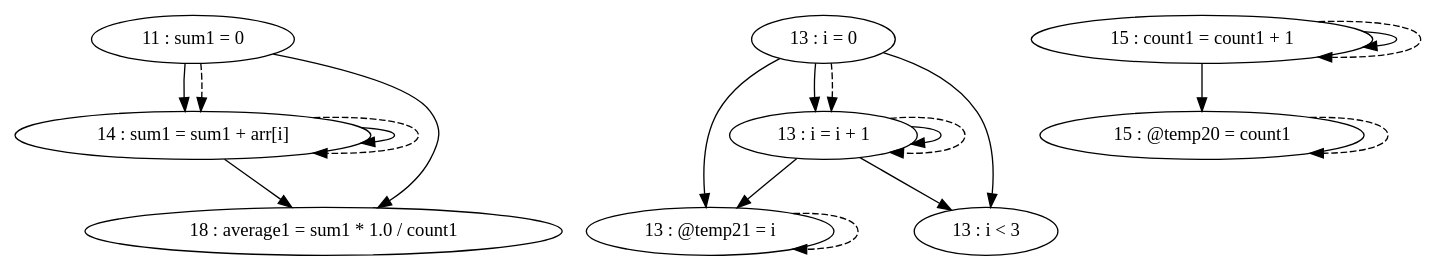
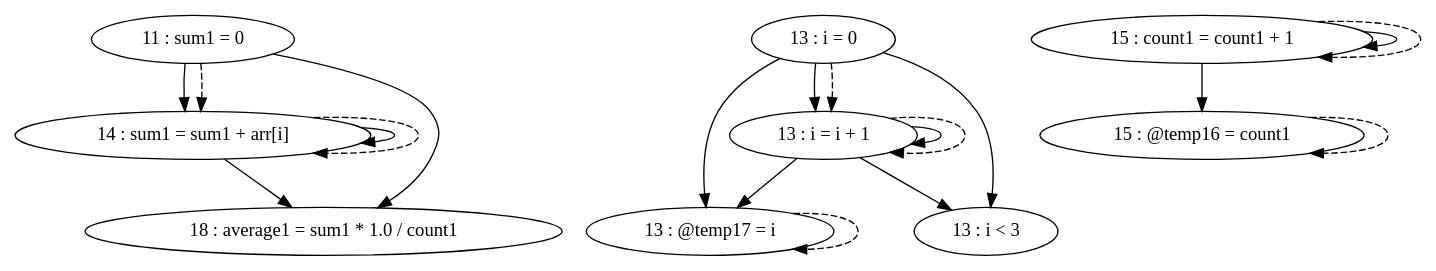
The diagram in pdg/source/testFiles/TestCases/TestCase2/TestCase2-test1.gv (thomassimko/thesis-code-duplication), drawn with Graphviz before and after one commit. The commit also changed 27 other files, not shown here.

```diff
--- a/pdg/source/testFiles/TestCases/TestCase2/TestCase2-test1.gv
+++ b/pdg/source/testFiles/TestCases/TestCase2/TestCase2-test1.gv
@@ -1,30 +1,30 @@
 digraph G {
 "11 : sum1 = 0"
 "11 : sum1 = 0" -> "14 : sum1 = sum1 + arr[i]"
 "11 : sum1 = 0" -> "18 : average1 = sum1 * 1.0 / count1"
 "11 : sum1 = 0" -> "14 : sum1 = sum1 + arr[i]" [style=dashed]
 "13 : i = 0"
 "13 : i = 0" -> "13 : i = i + 1"
-"13 : i = 0" -> "13 : @temp21 = i"
+"13 : i = 0" -> "13 : @temp17 = i"
 "13 : i = 0" -> "13 : i < 3"
 "13 : i = 0" -> "13 : i = i + 1" [style=dashed]
 "13 : i < 3"
 "14 : sum1 = sum1 + arr[i]"
 "14 : sum1 = sum1 + arr[i]" -> "14 : sum1 = sum1 + arr[i]"
 "14 : sum1 = sum1 + arr[i]" -> "18 : average1 = sum1 * 1.0 / count1"
 "14 : sum1 = sum1 + arr[i]" -> "14 : sum1 = sum1 + arr[i]" [style=dashed]
-"15 : @temp20 = count1"
-"15 : @temp20 = count1" -> "15 : @temp20 = count1" [style=dashed]
+"15 : @temp16 = count1"
+"15 : @temp16 = count1" -> "15 : @temp16 = count1" [style=dashed]
 "15 : count1 = count1 + 1"
 "15 : count1 = count1 + 1" -> "15 : count1 = count1 + 1"
-"15 : count1 = count1 + 1" -> "15 : @temp20 = count1"
+"15 : count1 = count1 + 1" -> "15 : @temp16 = count1"
 "15 : count1 = count1 + 1" -> "15 : count1 = count1 + 1" [style=dashed]
-"13 : @temp21 = i"
-"13 : @temp21 = i" -> "13 : @temp21 = i" [style=dashed]
+"13 : @temp17 = i"
+"13 : @temp17 = i" -> "13 : @temp17 = i" [style=dashed]
 "13 : i = i + 1"
 "13 : i = i + 1" -> "13 : i = i + 1"
-"13 : i = i + 1" -> "13 : @temp21 = i"
+"13 : i = i + 1" -> "13 : @temp17 = i"
 "13 : i = i + 1" -> "13 : i < 3"
 "13 : i = i + 1" -> "13 : i = i + 1" [style=dashed]
 "18 : average1 = sum1 * 1.0 / count1"
 }
```
